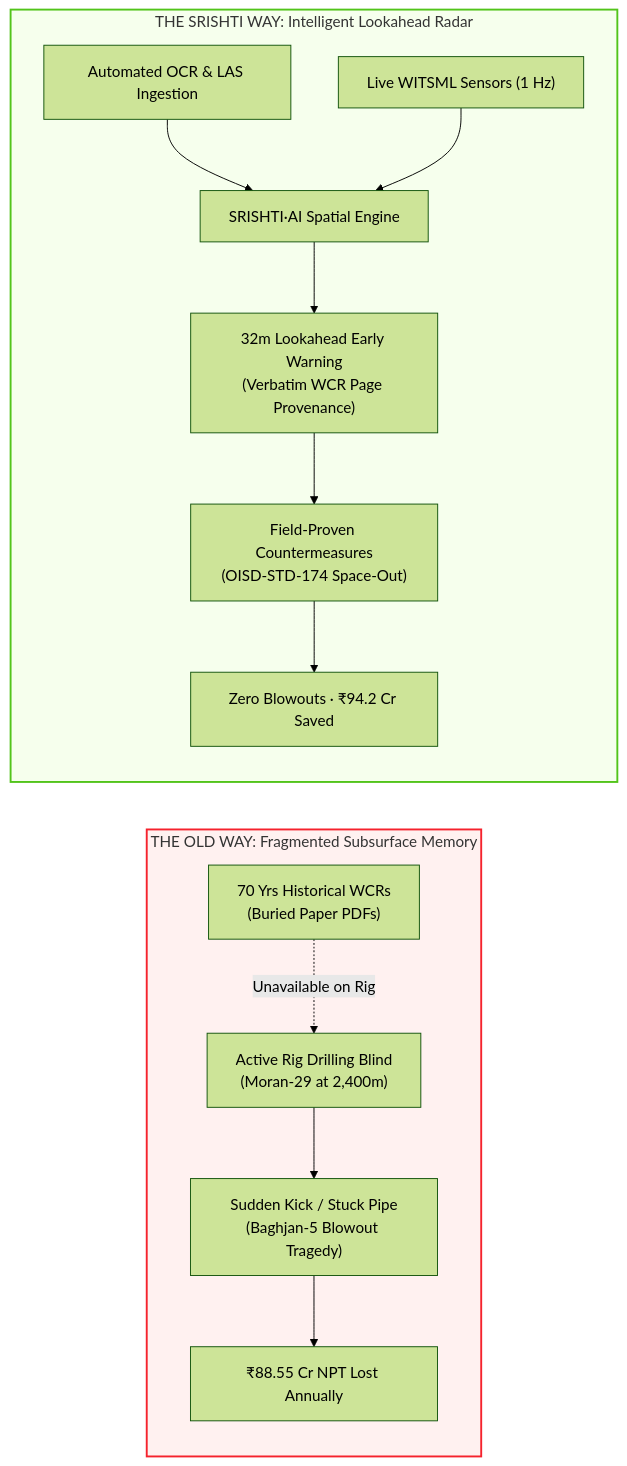
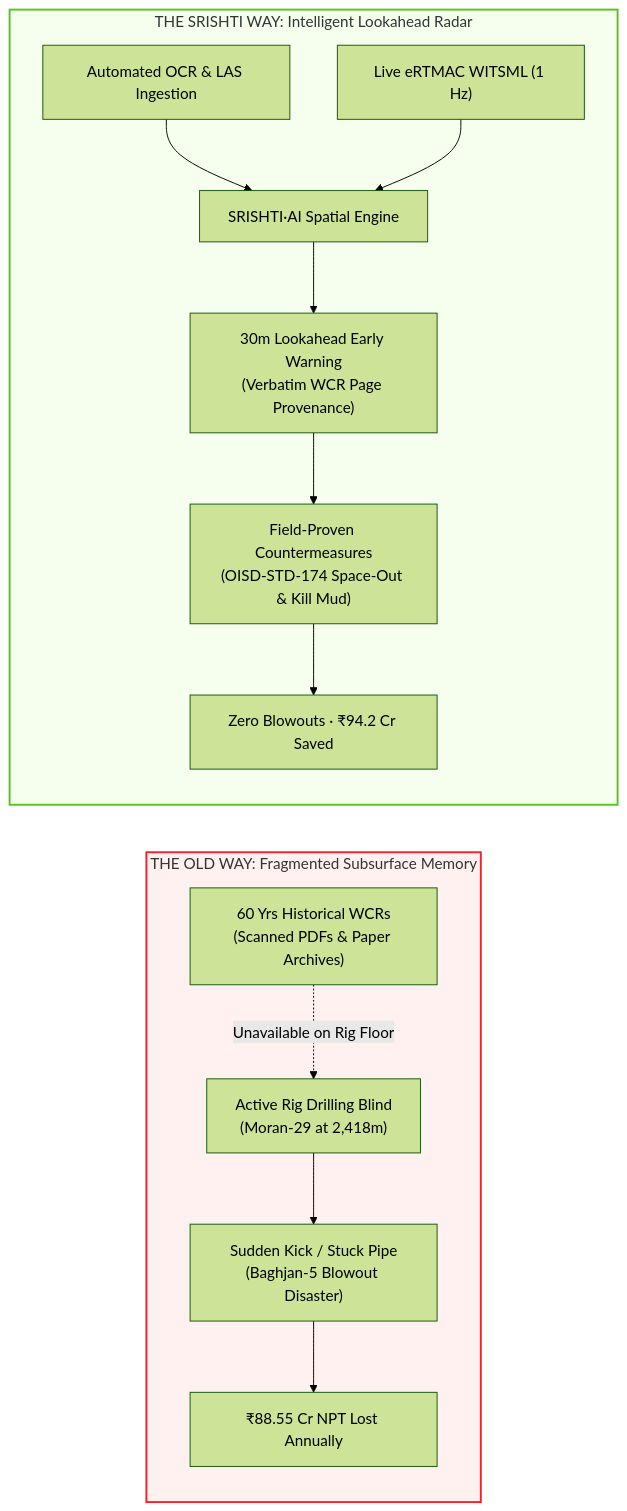
One commit to priy-anshugupta/SRISHTI-AI changed the first of 5 diagrams in srishtippt.md. Above: the diagram before and after it, drawn with Mermaid (forest theme). The commit also changed other lines of this file, not shown here.

````diff
--- a/srishtippt.md
+++ b/srishtippt.md
@@ -64,19 +64,19 @@
 ```mermaid
 flowchart LR
     subgraph OldWay["THE OLD WAY: Fragmented Subsurface Memory"]
-        A["70 Yrs Historical WCRs<br/>(Buried Paper PDFs)"] -.->|Unavailable on Rig| B["Active Rig Drilling Blind<br/>(Moran-29 at 2,400m)"]
-        B --> C["Sudden Kick / Stuck Pipe<br/>(Baghjan-5 Blowout Tragedy)"]
+        A["60 Yrs Historical WCRs<br/>(Scanned PDFs & Paper Archives)"] -.->|Unavailable on Rig Floor| B["Active Rig Drilling Blind<br/>(Moran-29 at 2,418m)"]
+        B --> C["Sudden Kick / Stuck Pipe<br/>(Baghjan-5 Blowout Disaster)"]
         C --> D["₹88.55 Cr NPT Lost Annually"]
     end
 
     subgraph NewWay["THE SRISHTI WAY: Intelligent Lookahead Radar"]
         E["Automated OCR & LAS Ingestion"] --> F["SRISHTI·AI Spatial Engine"]
-        G["Live WITSML Sensors (1 Hz)"] --> F
-        F --> H["32m Lookahead Early Warning<br/>(Verbatim WCR Page Provenance)"]
-        H --> I["Field-Proven Countermeasures<br/>(OISD-STD-174 Space-Out)"]
+        G["Live eRTMAC WITSML (1 Hz)"] --> F
+        F --> H["30m Lookahead Early Warning<br/>(Verbatim WCR Page Provenance)"]
+        H --> I["Field-Proven Countermeasures<br/>(OISD-STD-174 Space-Out & Kill Mud)"]
         I --> J["Zero Blowouts · ₹94.2 Cr Saved"]
     end
 
     style OldWay fill:#fff1f0,stroke:#f5222d,stroke-width:2px
     style NewWay fill:#f6ffed,stroke:#52c41a,stroke-width:2px
 ```
````
